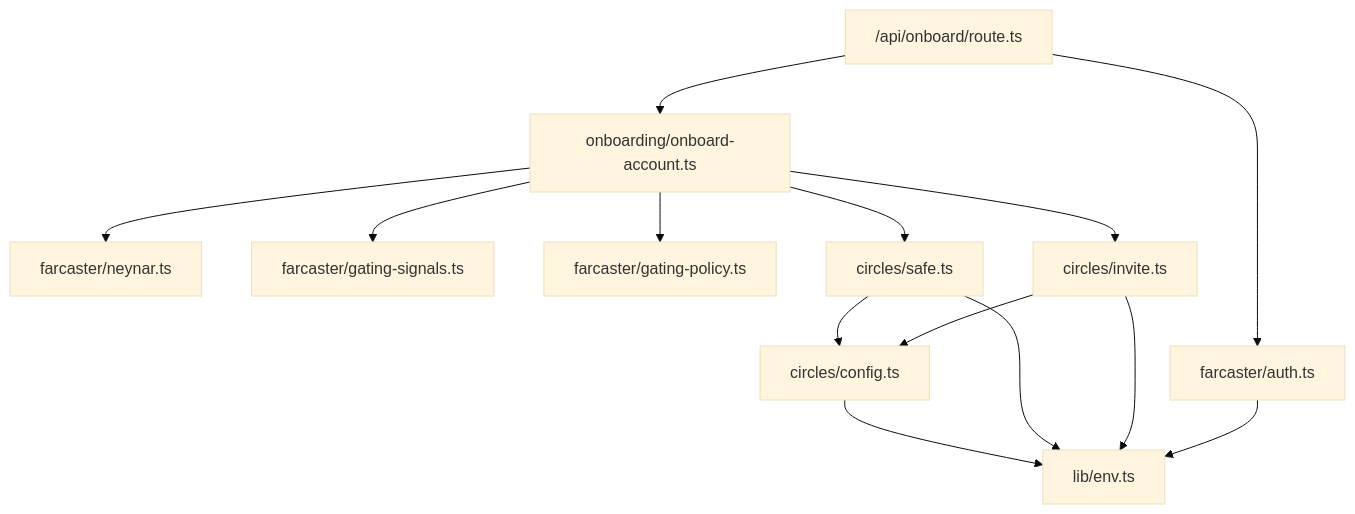
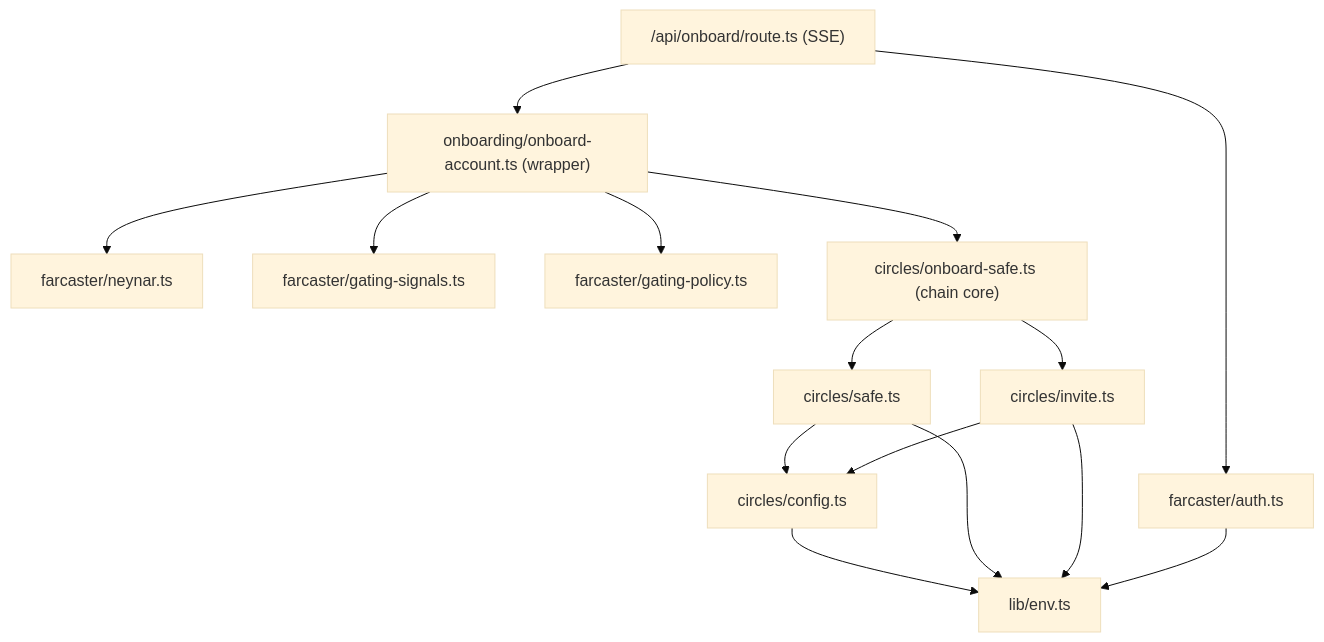
The second of 2 diagrams in docs/architecture.md (hellno/farcaster-circles), drawn with Mermaid (base theme) before and after one commit. The commit also changed other lines of this file and 16 other files, not shown here.

First line of the commit message:
feat: stream real onboard progress over SSE + extract reusable chain core

````diff
--- a/docs/architecture.md
+++ b/docs/architecture.md
@@ -94,16 +110,17 @@
 ```mermaid
 graph TD
-    route["/api/onboard/route.ts"] --> auth["farcaster/auth.ts"]
-    route --> orch["onboarding/onboard-account.ts"]
+    route["/api/onboard/route.ts (SSE)"] --> auth["farcaster/auth.ts"]
+    route --> orch["onboarding/onboard-account.ts (wrapper)"]
     orch --> neynar["farcaster/neynar.ts"]
     orch --> gsig["farcaster/gating-signals.ts"]
     orch --> gpol["farcaster/gating-policy.ts"]
-    orch --> safe["circles/safe.ts"]
-    orch --> invite["circles/invite.ts"]
+    orch --> core["circles/onboard-safe.ts (chain core)"]
+    core --> safe["circles/safe.ts"]
+    core --> invite["circles/invite.ts"]
     safe --> cfg["circles/config.ts"]
     invite --> cfg
     cfg --> envv["lib/env.ts"]
     safe --> envv
     invite --> envv
     auth --> envv
 ```
````
